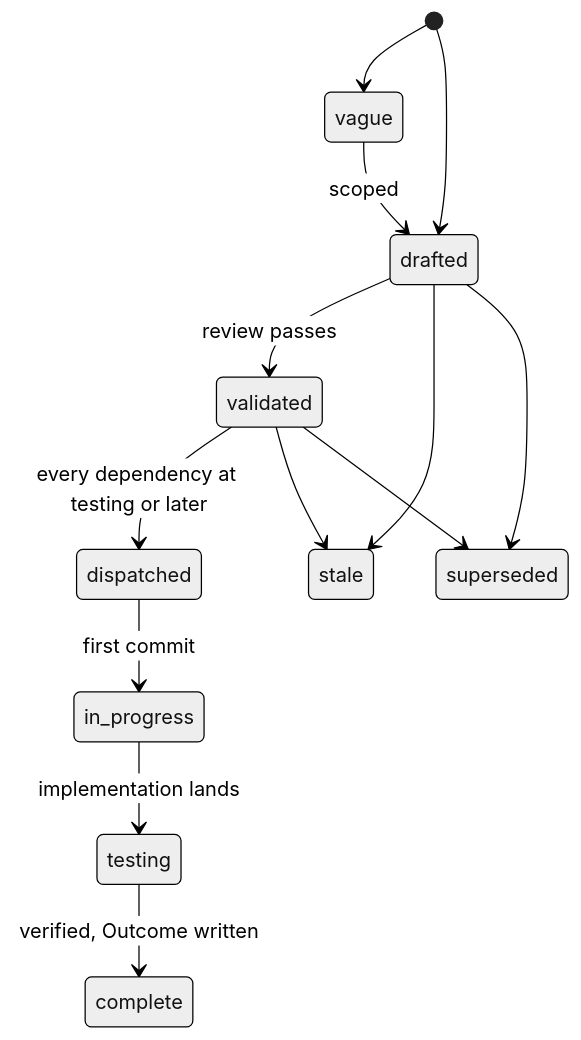
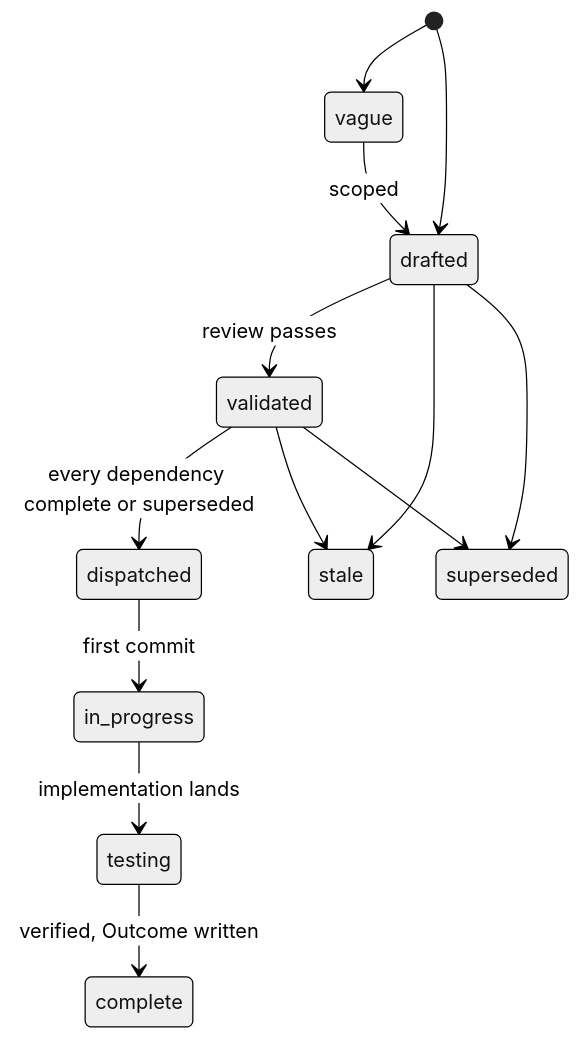
One commit to latere-ai/topos changed the first of 2 diagrams in specs/README.md. Above: the diagram before and after it, drawn with Mermaid (neutral theme). The commit also changed other lines of this file, not shown here.

Commit message:
specs: dispatch waits for every dependency to be complete or superseded, as the gate holds

````diff
--- a/specs/README.md
+++ b/specs/README.md
@@ -30,15 +30,15 @@
 ```mermaid
 stateDiagram-v2
   [*] --> vague
   [*] --> drafted
   vague --> drafted: scoped
   drafted --> validated: review passes
-  validated --> dispatched: every dependency at testing or later
+  validated --> dispatched: every dependency complete or superseded
   dispatched --> in_progress: first commit
   in_progress --> testing: implementation lands
   testing --> complete: verified, Outcome written
   drafted --> stale
   validated --> stale
   drafted --> superseded
   validated --> superseded
 ```
````
